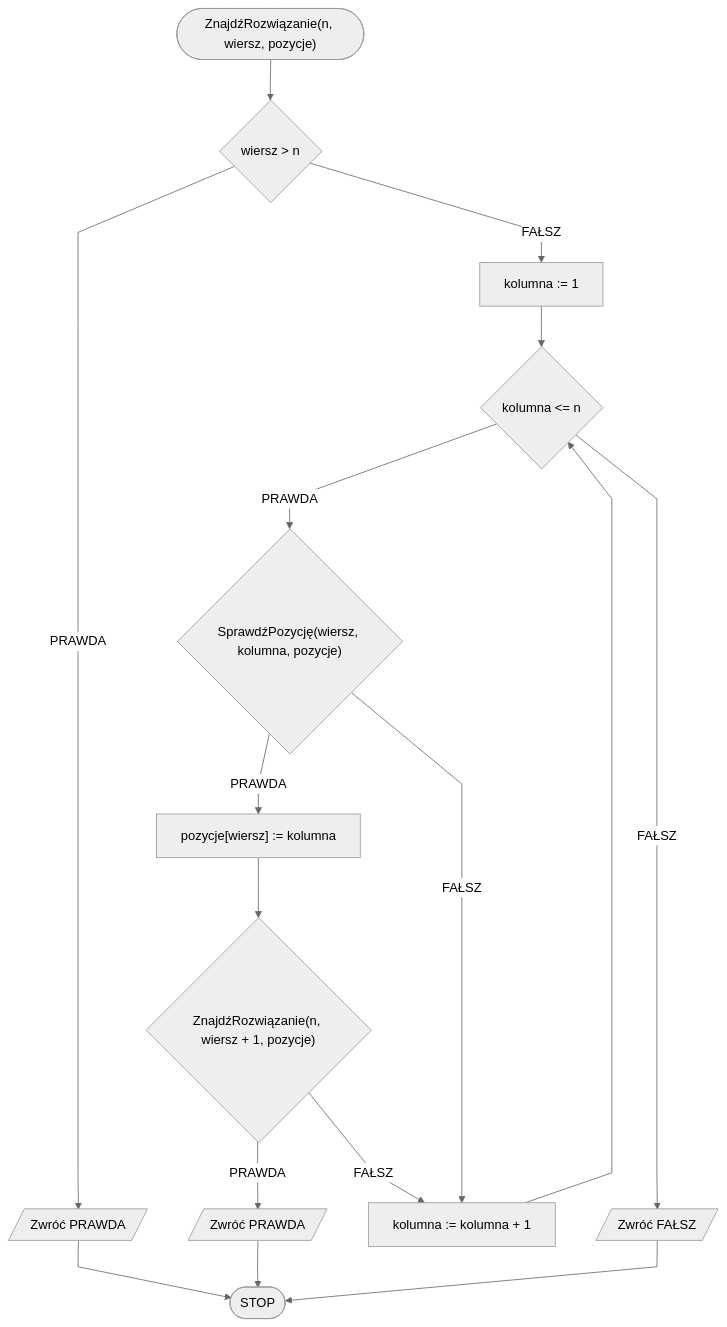
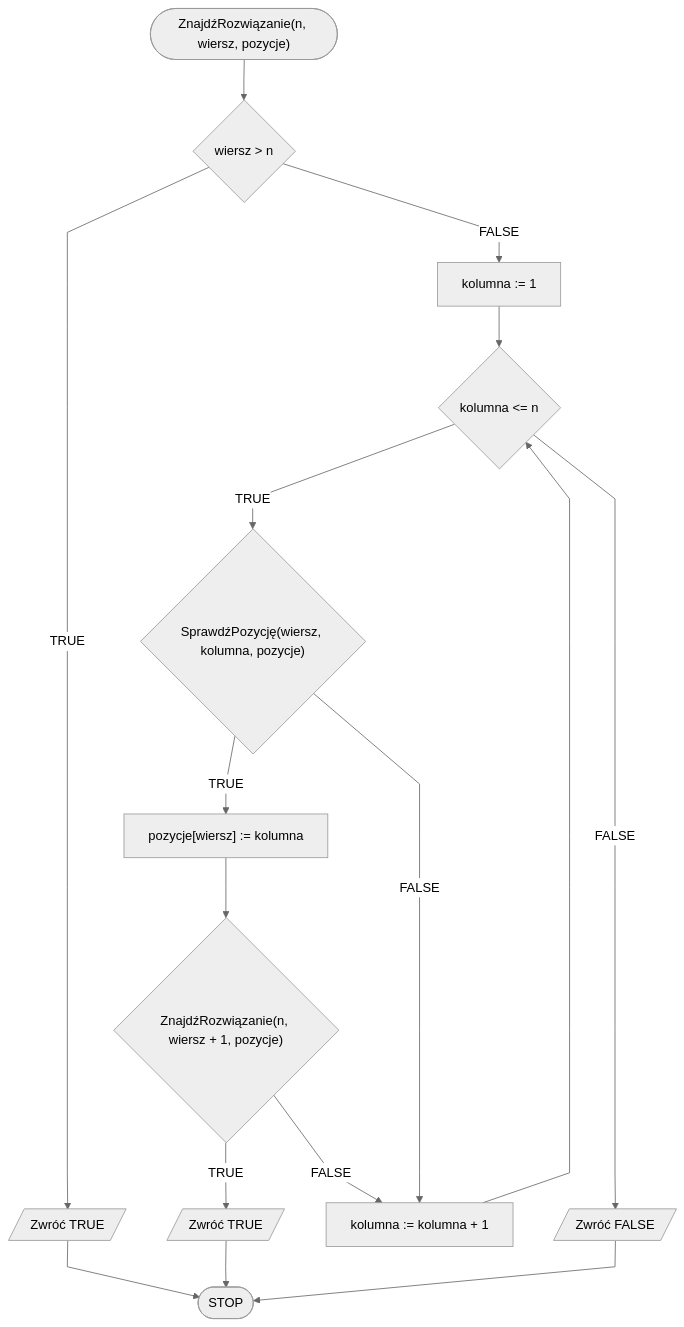
The second of 2 diagrams in docs/algorithms/backtracking/n-queens.md (blackbat13/edu-cs-htiew-en), drawn with Mermaid before and after one commit. The commit also changed other lines of this file and 682 other files, not shown here.

````diff
--- a/docs/algorithms/backtracking/n-queens.md
+++ b/docs/algorithms/backtracking/n-queens.md
@@ -103,19 +103,19 @@
 ```mermaid
 %%{init: {"flowchart": {"curve": "linear"}, "theme": "neutral"} }%%
 flowchart TD
     START(["ZnajdźRozwiązanie(n, wiersz, pozycje)"]) --> K1{wiersz > n}
-    K1 -- PRAWDA --> K2[/Zwróć PRAWDA/]
+    K1 -- TRUE --> K2[/Zwróć TRUE/]
     K2 --> STOP([STOP])
-    K1 -- FAŁSZ --> K3p[kolumna := 1]
+    K1 -- FALSE --> K3p[kolumna := 1]
     K3p --> K3{kolumna <= n}
-    K3 -- PRAWDA --> K4{"SprawdźPozycję(wiersz, kolumna, pozycje)"}
-    K4 -- PRAWDA --> K5["pozycje[wiersz] := kolumna"]
+    K3 -- TRUE --> K4{"SprawdźPozycję(wiersz, kolumna, pozycje)"}
+    K4 -- TRUE --> K5["pozycje[wiersz] := kolumna"]
     K5 --> K6{"ZnajdźRozwiązanie(n, wiersz + 1, pozycje)"}
-    K6 -- PRAWDA --> K7[/Zwróć PRAWDA/]
+    K6 -- TRUE --> K7[/Zwróć TRUE/]
     K7 --> STOP
-    K6 -- FAŁSZ --> K3i[kolumna := kolumna + 1]
-    K4 -- FAŁSZ --> K3i
+    K6 -- FALSE --> K3i[kolumna := kolumna + 1]
+    K4 -- FALSE --> K3i
     K3i --> K3
-    K3 -- FAŁSZ --> K8[/Zwróć FAŁSZ/]
+    K3 -- FALSE --> K8[/Zwróć FALSE/]
     K8 --> STOP
 ```
````
